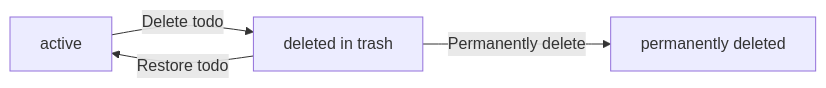
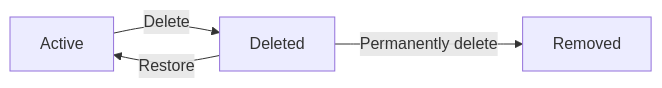
Before and after one commit to wrtnlabs/autobe-examples: the seventh of 8 diagrams in openai/gpt-5.4-mini/todo/docs/analysis/02-domain-model.md, drawn with Mermaid. The commit also changed other lines of this file and 6645 other files, not shown here.

````diff
--- a/openai/gpt-5.4-mini/todo/docs/analysis/02-domain-model.md
+++ b/openai/gpt-5.4-mini/todo/docs/analysis/02-domain-model.md
@@ -375,6 +247,6 @@
 ```mermaid
 flowchart LR
-    A["active"] -->|"Delete todo"| B["deleted in trash"]
-    B -->|"Restore todo"| A
-    B -->|"Permanently delete"| C["permanently deleted"]
+    A["Active"] -->|"Delete"| B["Deleted"]
+    B -->|"Restore"| A
+    B -->|"Permanently delete"| C["Removed"]
 ```
````
